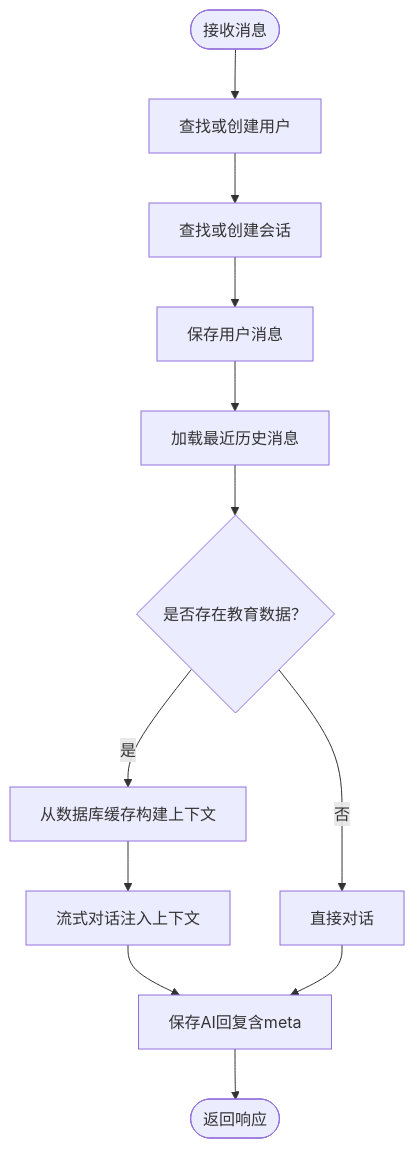
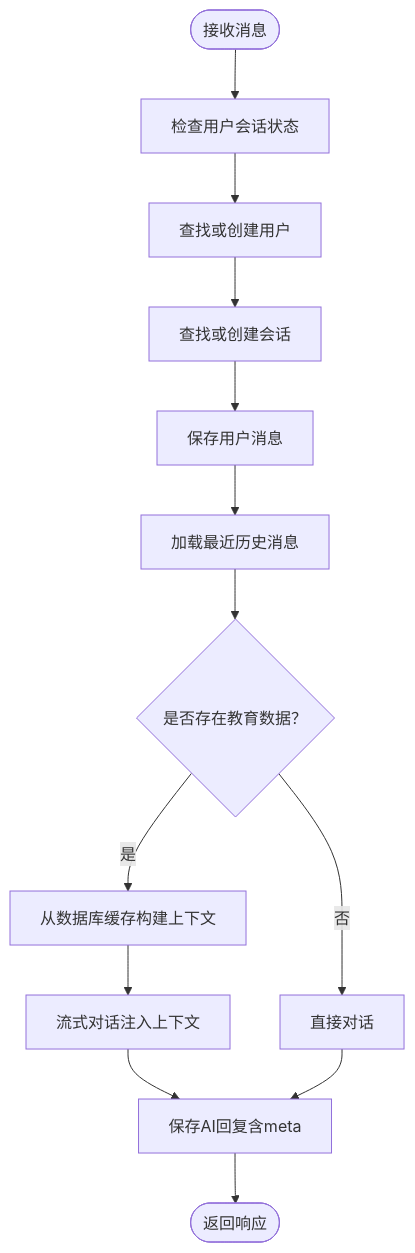
Before and after one commit to ghbbn053-ship-itsoulddog/soulddog: the third of 23 diagrams in .qoder/repowiki/zh/content/AI智能问答系统/AI智能问答系统.md, drawn with Mermaid. The commit also changed other lines of this file and 119 other files, not shown here.

````diff
--- a/.qoder/repowiki/zh/content/AI智能问答系统/AI智能问答系统.md
+++ b/.qoder/repowiki/zh/content/AI智能问答系统/AI智能问答系统.md
@@ -148,14 +249,15 @@
 ```mermaid
 flowchart TD
-Start(["接收消息"]) --> FindUser["查找或创建用户"]
+Start(["接收消息"]) --> CheckSession["检查用户会话状态"]
+CheckSession --> FindUser["查找或创建用户"]
 FindUser --> FindConv["查找或创建会话"]
 FindConv --> SaveUserMsg["保存用户消息"]
 SaveUserMsg --> LoadHistory["加载最近历史消息"]
 LoadHistory --> CheckEduData{"是否存在教育数据？"}
 CheckEduData --> |是| BuildContext["从数据库缓存构建上下文"]
 BuildContext --> StreamChat["流式对话注入上下文"]
 CheckEduData --> |否| DirectChat["直接对话"]
 StreamChat --> SaveAIMsg["保存AI回复含meta"]
 DirectChat --> SaveAIMsg
 SaveAIMsg --> End(["返回响应"])
 ```
````
